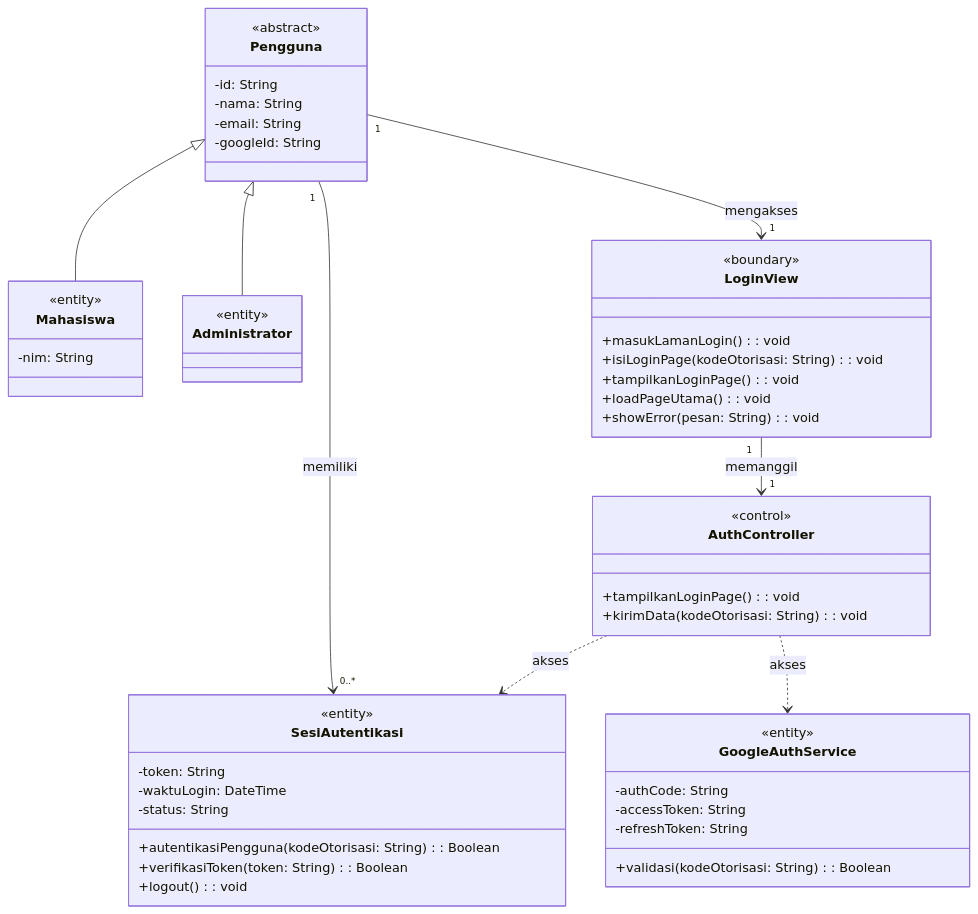
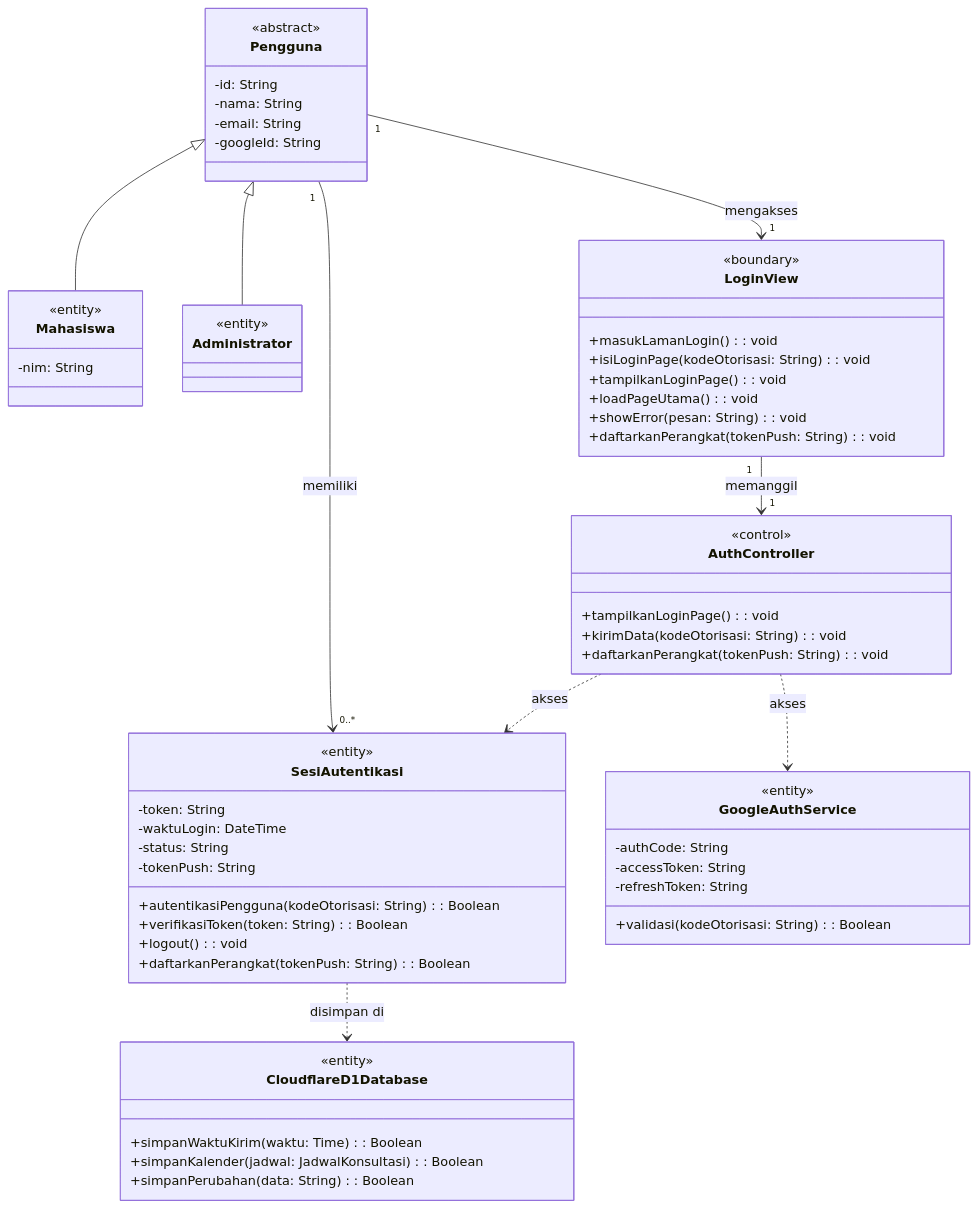
Before and after one commit to sbxte/IF2150-RPL-K01-G04: diagram 36 of 41 in docs/M8/K01_G04_DPPL2.md, drawn with Mermaid. The commit also changed other lines of this file, not shown here.

Commit message:
docs(M8): added schema, algorithms, class tables

````diff
--- a/docs/M8/K01_G04_DPPL2.md
+++ b/docs/M8/K01_G04_DPPL2.md
@@ -2058,53 +2086,64 @@
 ```mermaid
 classDiagram
     class Pengguna {
         <<abstract>>
         -id: String
         -nama: String
         -email: String
         -googleId: String
     }
     class Mahasiswa {
         <<entity>>
         -nim: String
     }
     class Administrator {
         <<entity>>
     }
     class LoginView {
         <<boundary>>
         +masukLamanLogin(): void
         +isiLoginPage(kodeOtorisasi: String): void
         +tampilkanLoginPage(): void
         +loadPageUtama(): void
         +showError(pesan: String): void
+        +daftarkanPerangkat(tokenPush: String): void
     }
     class AuthController {
         <<control>>
         +tampilkanLoginPage(): void
         +kirimData(kodeOtorisasi: String): void
+        +daftarkanPerangkat(tokenPush: String): void
     }
     class SesiAutentikasi {
         <<entity>>
         -token: String
         -waktuLogin: DateTime
         -status: String
+        -tokenPush: String
         +autentikasiPengguna(kodeOtorisasi: String): Boolean
         +verifikasiToken(token: String): Boolean
         +logout(): void
+        +daftarkanPerangkat(tokenPush: String): Boolean
     }
     class GoogleAuthService {
         <<entity>>
         -authCode: String
         -accessToken: String
         -refreshToken: String
         +validasi(kodeOtorisasi: String): Boolean
     }
+    class CloudflareD1Database {
+        <<entity>>
+        +simpanWaktuKirim(waktu: Time): Boolean
+        +simpanKalender(jadwal: JadwalKonsultasi): Boolean
+        +simpanPerubahan(data: String): Boolean
+    }
     Pengguna <|-- Mahasiswa
     Pengguna <|-- Administrator
     Pengguna "1" --> "0..*" SesiAutentikasi : memiliki
     Pengguna "1" --> "1" LoginView : mengakses
     LoginView "1" --> "1" AuthController : memanggil
     AuthController ..> SesiAutentikasi : akses
     AuthController ..> GoogleAuthService : akses
+    SesiAutentikasi ..> CloudflareD1Database : disimpan di
 ```
````
